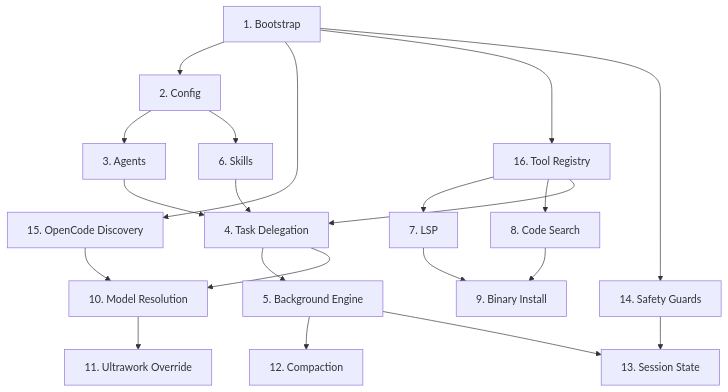
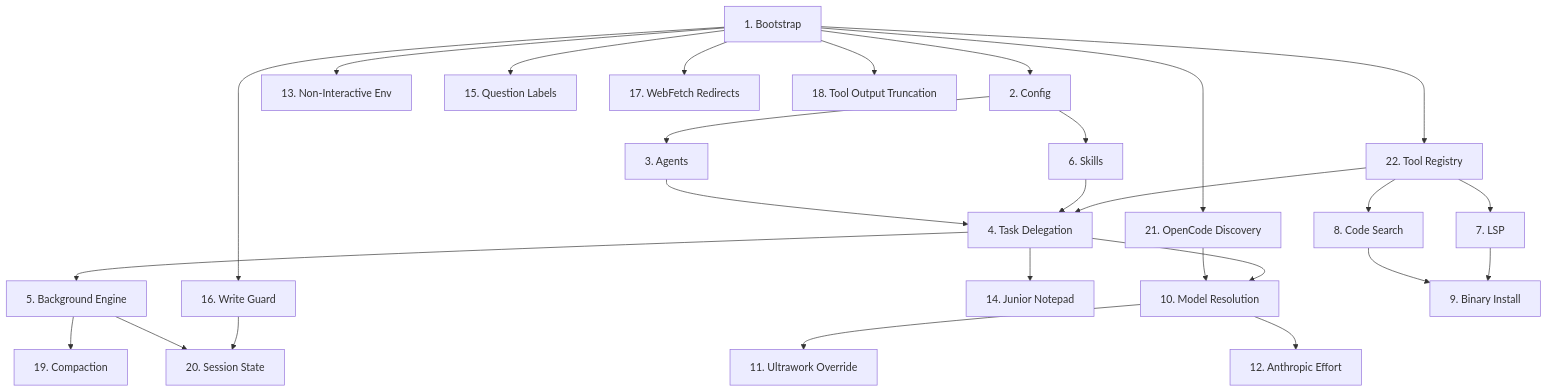
The diagram in FEATURES.md (potb/oh-my-opencode), drawn with Mermaid before and after one commit. The commit also changed other lines of this file, not shown here.

Commit message:
docs(features): expand hook coverage in feature inventory

````diff
--- a/FEATURES.md
+++ b/FEATURES.md
@@ -9,23 +9,29 @@
 ```mermaid
 graph TD
   Bootstrap["1. Bootstrap"] --> Config["2. Config"]
-  Bootstrap --> Discovery["15. OpenCode Discovery"]
+  Bootstrap --> Discovery["21. OpenCode Discovery"]
   Discovery --> ModelRes["10. Model Resolution"]
   Config --> Agents["3. Agents"]
   Config --> Skills["6. Skills"]
   Agents --> Delegation["4. Task Delegation"]
   Skills --> Delegation
   Delegation --> BgEngine["5. Background Engine"]
   Delegation --> ModelRes
-  BgEngine --> Compaction["12. Compaction"]
-  BgEngine --> SessionState["13. Session State"]
+  BgEngine --> Compaction["19. Compaction"]
+  BgEngine --> SessionState["20. Session State"]
   ModelRes --> Ultrawork["11. Ultrawork Override"]
-  Bootstrap --> ToolReg["16. Tool Registry"]
+  ModelRes --> Anthropic["12. Anthropic Effort"]
+  Bootstrap --> HookEnv["13. Non-Interactive Env"]
+  Delegation --> HookNotes["14. Junior Notepad"]
+  Bootstrap --> HookQuestions["15. Question Labels"]
+  Bootstrap --> HookWrites["16. Write Guard"]
+  Bootstrap --> HookWeb["17. WebFetch Redirects"]
+  Bootstrap --> HookTruncate["18. Tool Output Truncation"]
+  Bootstrap --> ToolReg["22. Tool Registry"]
   ToolReg --> LSP["7. LSP"]
   ToolReg --> Search["8. Code Search"]
   ToolReg --> Delegation
   Search --> BinInstall["9. Binary Install"]
   LSP --> BinInstall
-  Bootstrap --> Guards["14. Safety Guards"]
-  Guards --> SessionState
+  HookWrites --> SessionState
 ```
````
